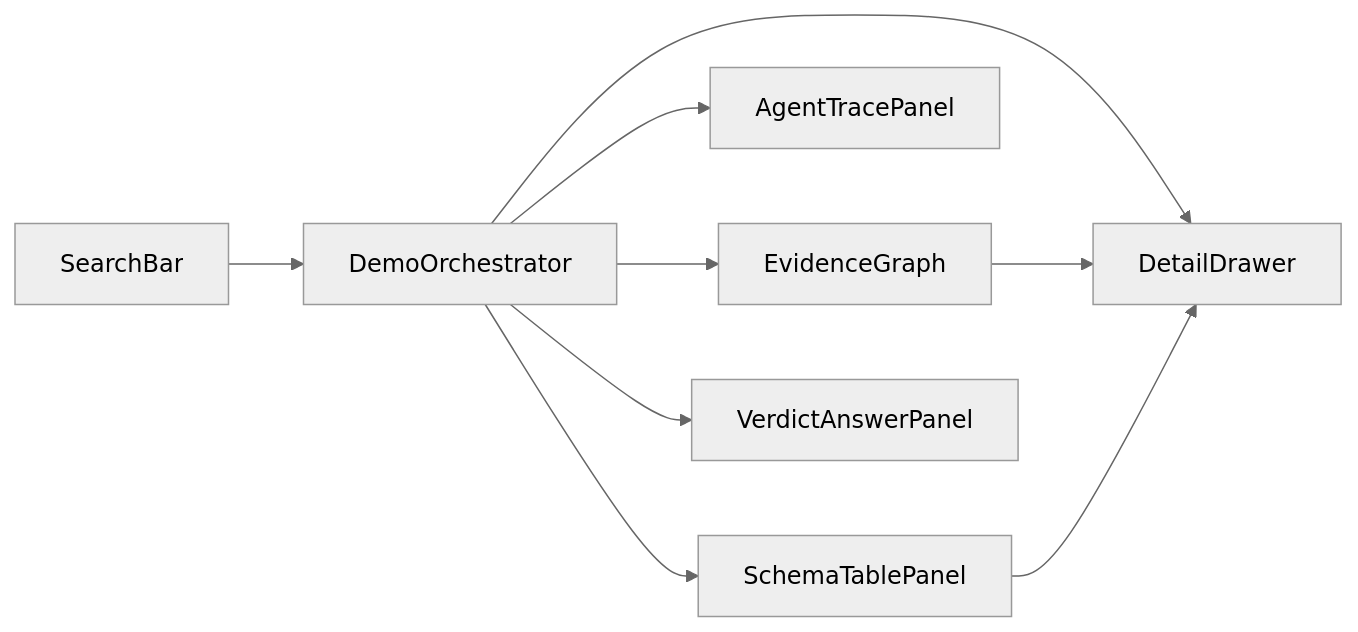
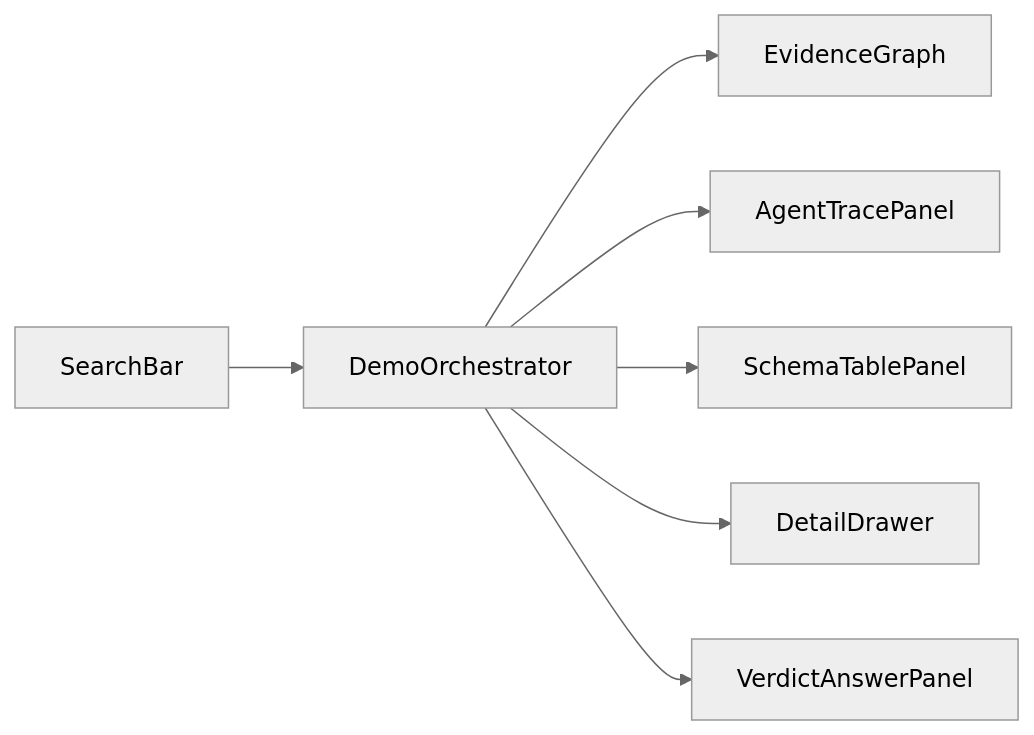
Before and after one commit to kitavkdl/developAgent: the diagram in docs/FRONTEND_ARCHITECTURE.md, drawn with Mermaid (neutral theme). The commit also changed other lines of this file and 20 other files, not shown here.

Commit message:
frontend matched with architecture

````diff
--- a/docs/FRONTEND_ARCHITECTURE.md
+++ b/docs/FRONTEND_ARCHITECTURE.md
@@ -63,11 +71,9 @@
 ```mermaid
 flowchart LR
-  Search["SearchBar"] --> DemoEngine["DemoOrchestrator"]
-  DemoEngine --> Graph["EvidenceGraph"]
-  DemoEngine --> Trace["AgentTracePanel"]
-  DemoEngine --> Table["SchemaTablePanel"]
-  DemoEngine --> Detail["DetailDrawer"]
-  DemoEngine --> Verdict["VerdictAnswerPanel"]
-  Graph --> Detail
-  Table --> Detail
+  Search["SearchBar"] --> Orch["DemoOrchestrator"]
+  Orch --> Graph["EvidenceGraph"]
+  Orch --> Trace["AgentTracePanel"]
+  Orch --> Table["SchemaTablePanel"]
+  Orch --> Detail["DetailDrawer"]
+  Orch --> Verdict["VerdictAnswerPanel"]
 ```
````
